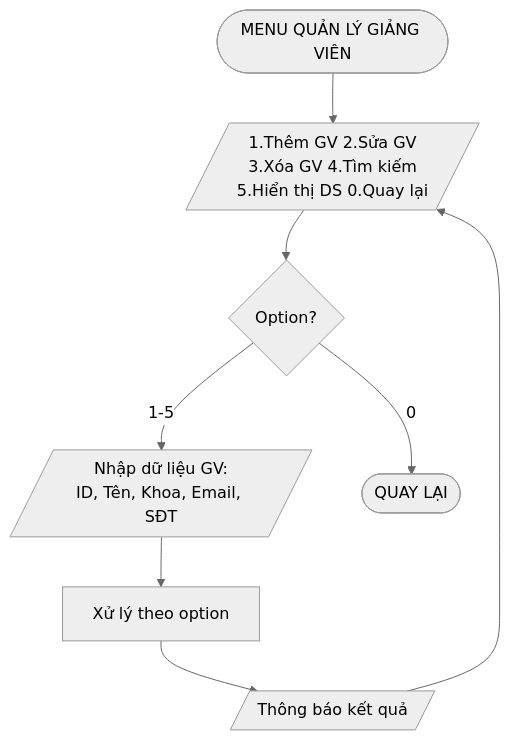
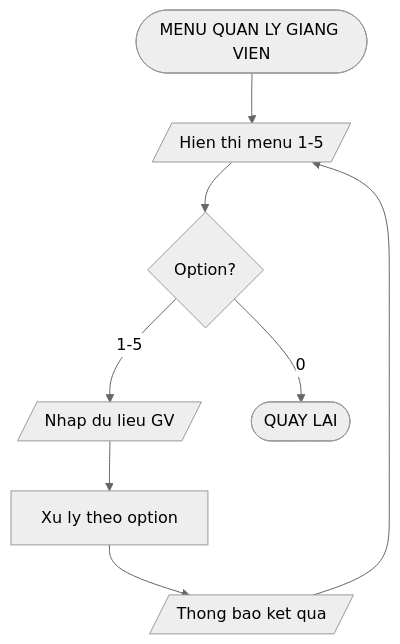
One commit to phucphuc2006/pro-192 changed diagram 11 of 20 in docs/Flowcharts/Flowcharts.md. Above: the diagram before and after it, drawn with Mermaid (neutral theme). The commit also changed other lines of this file, not shown here.

Commit message:
Fix Mermaid syntax for GitHub compatibility

````diff
--- a/docs/Flowcharts/Flowcharts.md
+++ b/docs/Flowcharts/Flowcharts.md
@@ -204,10 +204,10 @@
 ```mermaid
 flowchart TD
-    A([MENU QUẢN LÝ GIẢNG VIÊN]) --> B[/"1.Thêm GV 2.Sửa GV<br/>3.Xóa GV 4.Tìm kiếm<br/>5.Hiển thị DS 0.Quay lại"/]
+    A([MENU QUAN LY GIANG VIEN]) --> B[/Hien thi menu 1-5/]
     B --> C{Option?}
-    C -->|1-5| D[/Nhập dữ liệu GV:<br/>ID, Tên, Khoa, Email, SĐT/]
-    C -->|0| E([QUAY LẠI])
-    D --> F[Xử lý theo option]
-    F --> G[/Thông báo kết quả/]
+    C -->|1-5| D[/Nhap du lieu GV/]
+    C -->|0| E([QUAY LAI])
+    D --> F[Xu ly theo option]
+    F --> G[/Thong bao ket qua/]
     G --> B
 ```
````
